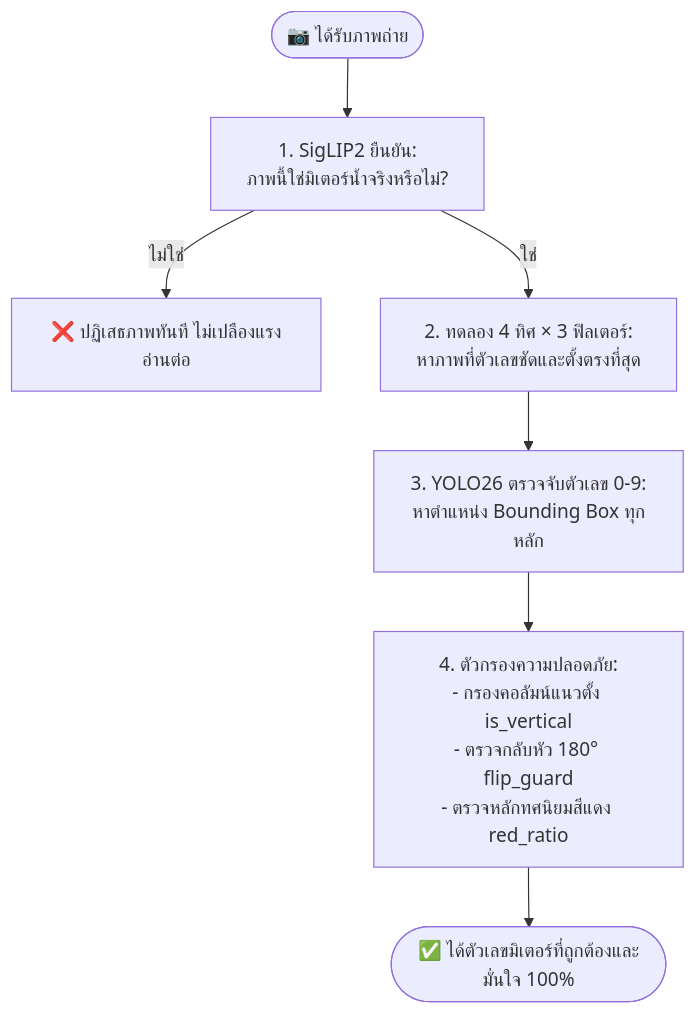
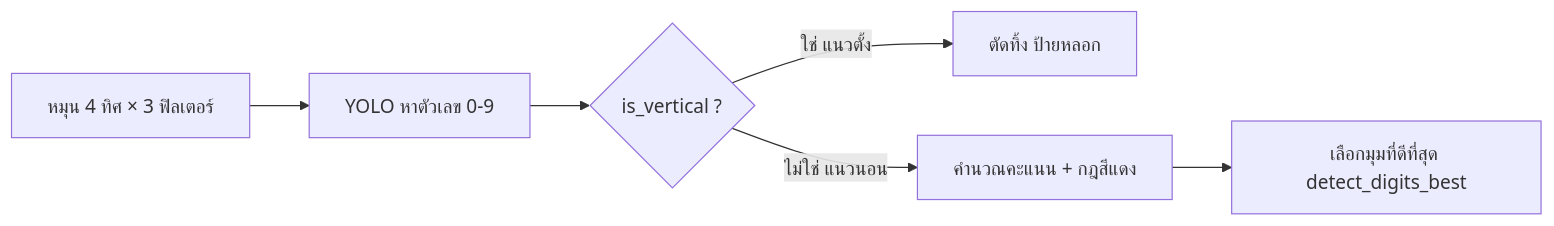
Before and after one commit to jirathxz/meter-reader: the second of 2 diagrams in TUTORIAL.md, drawn with Mermaid. The commit also changed other lines of this file, not shown here.

````diff
--- a/TUTORIAL.md
+++ b/TUTORIAL.md
@@ -63,13 +267,8 @@
 ```mermaid
-flowchart TD
-    Start([📷 ได้รับภาพถ่าย]) --> Step1[1. SigLIP2 ยืนยัน:\nภาพนี้ใช่มิเตอร์น้ำจริงหรือไม่?]
-    
-    Step1 -->|ไม่ใช่| Reject[❌ ปฏิเสธภาพทันที ไม่เปลืองแรงอ่านต่อ]
-    Step1 -->|ใช่| Step2[2. ทดลอง 4 ทิศ × 3 ฟิลเตอร์:\nหาภาพที่ตัวเลขชัดและตั้งตรงที่สุด]
-    
-    Step2 --> Step3[3. YOLO26 ตรวจจับตัวเลข 0-9:\nหาตำแหน่ง Bounding Box ทุกหลัก]
-    
-    Step3 --> Step4[4. ตัวกรองความปลอดภัย:\n- กรองคอลัมน์แนวตั้ง is_vertical\n- ตรวจกลับหัว 180° flip_guard\n- ตรวจหลักทศนิยมสีแดง red_ratio]
-    
-    Step4 --> Output([✅ ได้ตัวเลขมิเตอร์ที่ถูกต้องและมั่นใจ 100%])
+flowchart LR
+    A[หมุน 4 ทิศ × 3 ฟิลเตอร์] --> B[YOLO หาตัวเลข 0-9]
+    B --> C{is_vertical ?}
+    C -->|ใช่ แนวตั้ง| D[ตัดทิ้ง ป้ายหลอก]
+    C -->|ไม่ใช่ แนวนอน| E[คำนวณคะแนน + กฎสีแดง]
+    E --> F[เลือกมุมที่ดีที่สุด detect_digits_best]
 ```
````
